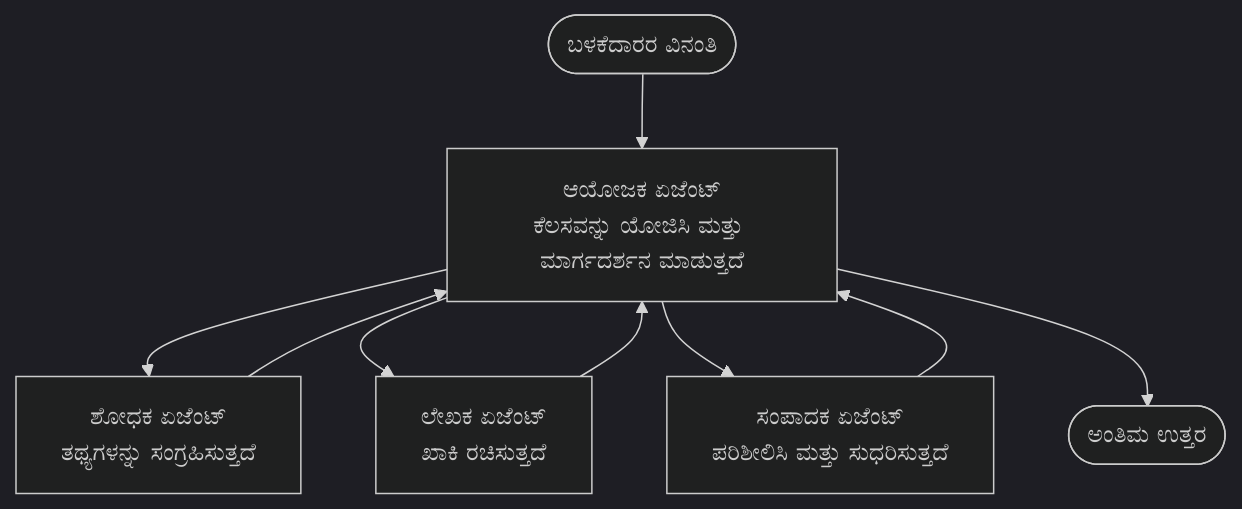
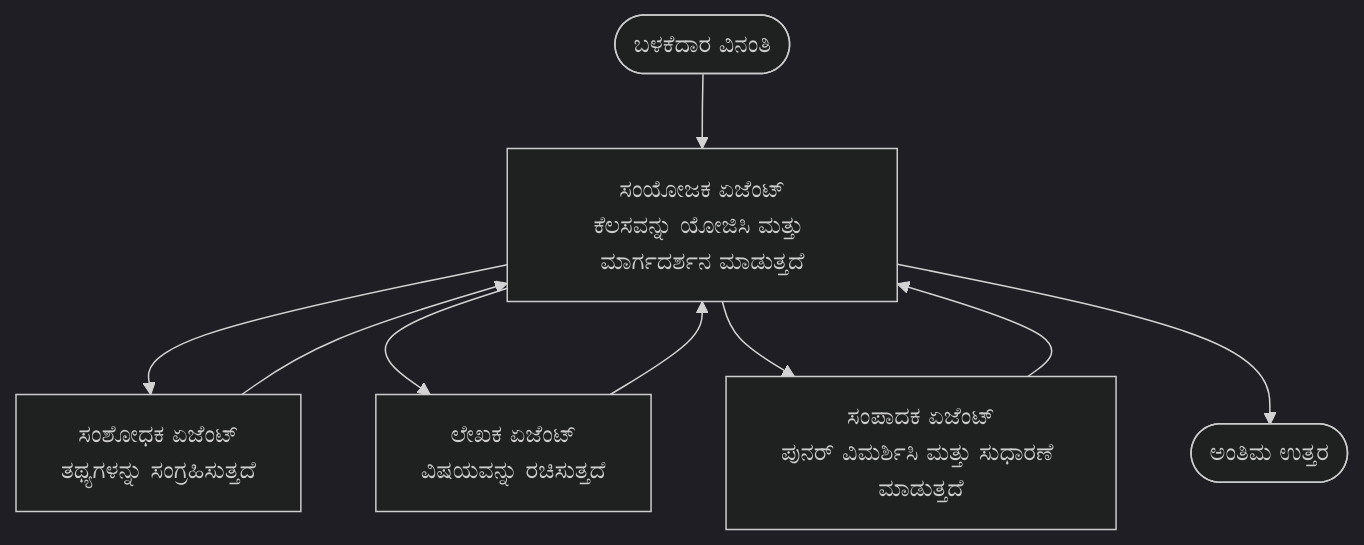
Before and after one commit to microsoft/AZD-for-beginners: the diagram in translations/kn/docs/chapter-05-multi-agent/multi-agent-basics.md, drawn with Mermaid (dark theme). The commit also changed other lines of this file and 59 other files, not shown here.

````diff
--- a/translations/kn/docs/chapter-05-multi-agent/multi-agent-basics.md
+++ b/translations/kn/docs/chapter-05-multi-agent/multi-agent-basics.md
@@ -43,11 +43,11 @@
 ```mermaid
 graph TD
-    User([ಬಳಕೆದಾರರ ವಿನಂತಿ]) --> Orchestrator[ಆಯೋಜಕ ಏಜೆಂಟ್<br/>ಕೆಲಸವನ್ನು ಯೋಜಿಸಿ ಮತ್ತು ಮಾರ್ಗದರ್ಶನ ಮಾಡುತ್ತದೆ]
-    Orchestrator --> Researcher[ಶೋಧಕ ಏಜೆಂಟ್<br/>ತಥ್ಯಗಳನ್ನು ಸಂಗ್ರಹಿಸುತ್ತದೆ]
-    Orchestrator --> Writer[ಲೇಖಕ ಏಜೆಂಟ್<br/>ಖಾಕಿ ರಚಿಸುತ್ತದೆ]
-    Orchestrator --> Editor[ಸಂಪಾದಕ ಏಜೆಂಟ್<br/>ಪರಿಶೀಲಿಸಿ ಮತ್ತು ಸುಧರಿಸುತ್ತದೆ]
+    User([ಬಳಕೆದಾರ ವಿನಂತಿ]) --> Orchestrator[ಸಂಯೋಜಕ ಏಜೆಂಟ್<br/>ಕೆಲಸವನ್ನು ಯೋಜಿಸಿ ಮತ್ತು ಮಾರ್ಗದರ್ಶನ ಮಾಡುತ್ತದೆ]
+    Orchestrator --> Researcher[ಸಂಶೋಧಕ ಏಜೆಂಟ್<br/>ತಥ್ಯಗಳನ್ನು ಸಂಗ್ರಹಿಸುತ್ತದೆ]
+    Orchestrator --> Writer[ಲೇಖಕ ಏಜೆಂಟ್<br/>ವಿಷಯವನ್ನು ರಚಿಸುತ್ತದೆ]
+    Orchestrator --> Editor[ಸಂಪಾದಕ ಏಜೆಂಟ್<br/>ಪುನರ್ ವಿಮರ್ಶಿಸಿ ಮತ್ತು ಸುಧಾರಣೆ ಮಾಡುತ್ತದೆ]
     Researcher --> Orchestrator
     Writer --> Orchestrator
     Editor --> Orchestrator
     Orchestrator --> Result([ಅಂತಿಮ ಉತ್ತರ])
 ```
````
